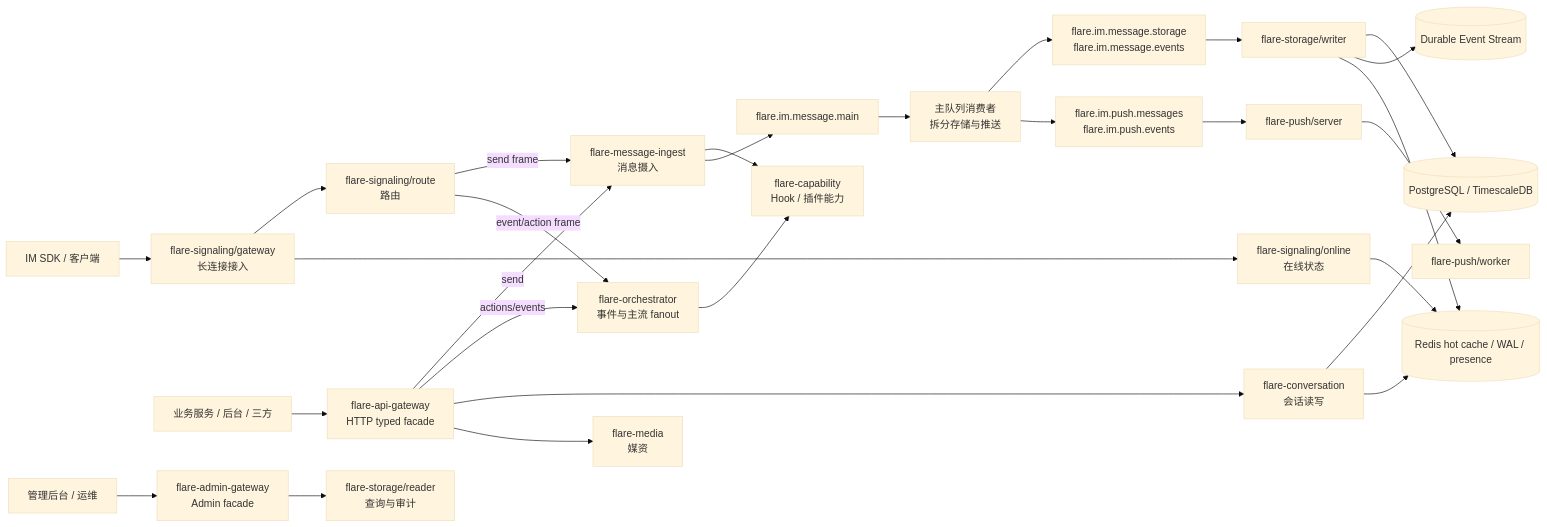
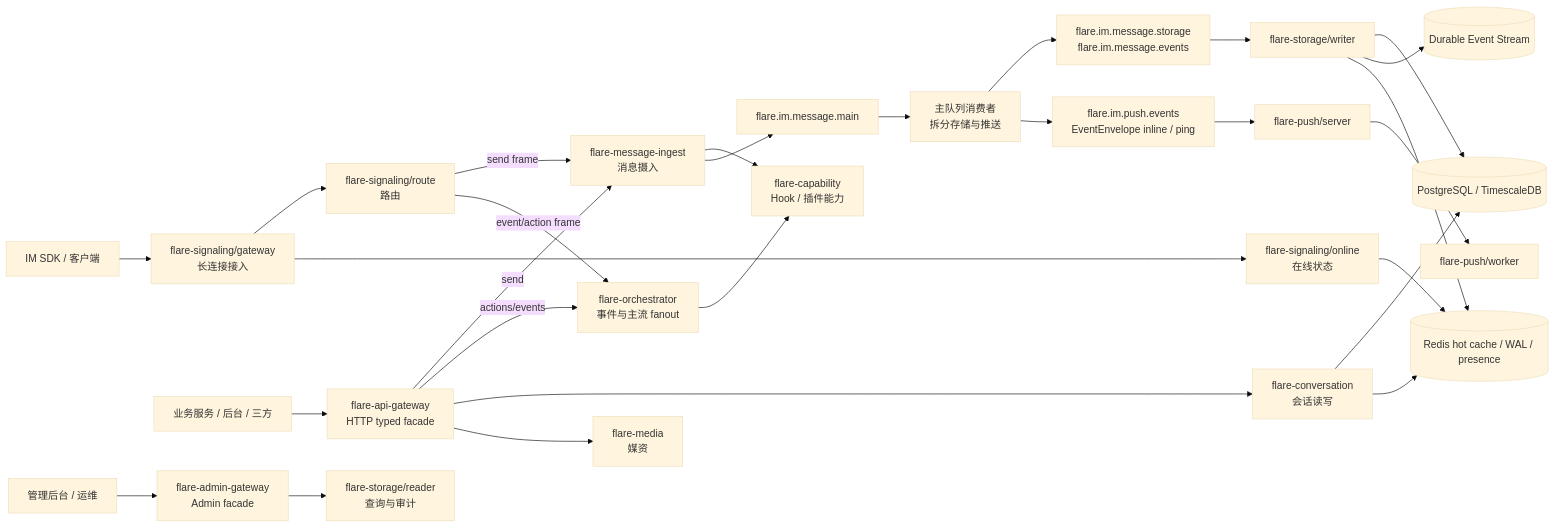
One commit to flare-im/flare-im-core-server changed the first of 2 diagrams in README.md. Above: the diagram before and after it, drawn with Mermaid (base theme). The commit also changed other lines of this file and 197 other files, not shown here.

````diff
--- a/README.md
+++ b/README.md
@@ -28,32 +28,32 @@
 ```mermaid
 flowchart LR
     SDK["IM SDK / 客户端"] --> SGW["flare-signaling/gateway<br/>长连接接入"]
     ThirdParty["业务服务 / 后台 / 三方"] --> CGW["flare-api-gateway<br/>HTTP typed facade"]
     Admin["管理后台 / 运维"] --> AGW["flare-admin-gateway<br/>Admin facade"]
 
     SGW --> Route["flare-signaling/route<br/>路由"]
     SGW --> Online["flare-signaling/online<br/>在线状态"]
     CGW -- "send" --> Ingest["flare-message-ingest<br/>消息摄入"]
     CGW -- "actions/events" --> Orchestrator["flare-orchestrator<br/>事件与主流 fanout"]
     CGW --> Conversation["flare-conversation<br/>会话读写"]
     CGW --> Media["flare-media<br/>媒资"]
     AGW --> StorageReader["flare-storage/reader<br/>查询与审计"]
 
     Route -- "send frame" --> Ingest
     Route -- "event/action frame" --> Orchestrator
     Ingest --> Capability["flare-capability<br/>Hook / 插件能力"]
     Orchestrator --> Capability
     Ingest --> MQMain["flare.im.message.main"]
     MQMain --> OrchestratorFanout["主队列消费者<br/>拆分存储与推送"]
     OrchestratorFanout --> MQStorage["flare.im.message.storage<br/>flare.im.message.events"]
-    OrchestratorFanout --> MQPush["flare.im.push.messages<br/>flare.im.push.events"]
+    OrchestratorFanout --> MQPush["flare.im.push.events<br/>EventEnvelope inline / ping"]
     MQStorage --> StorageWriter["flare-storage/writer"]
     MQPush --> PushServer["flare-push/server"]
     PushServer --> PushWorker["flare-push/worker"]
     StorageWriter --> Postgres[("PostgreSQL / TimescaleDB")]
     StorageWriter --> EventStream[("Durable Event Stream")]
     StorageWriter --> Redis[("Redis hot cache / WAL / presence")]
     Conversation --> Postgres
     Conversation --> Redis
     Online --> Redis
 ```
````
